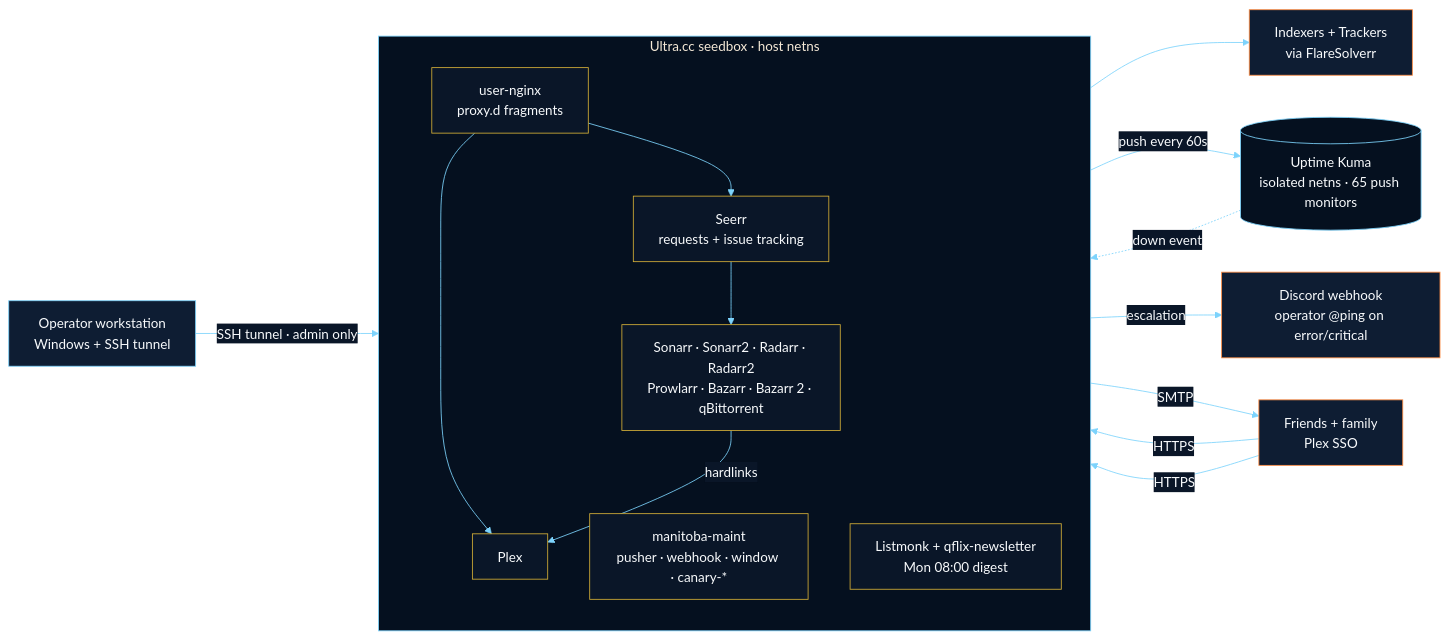
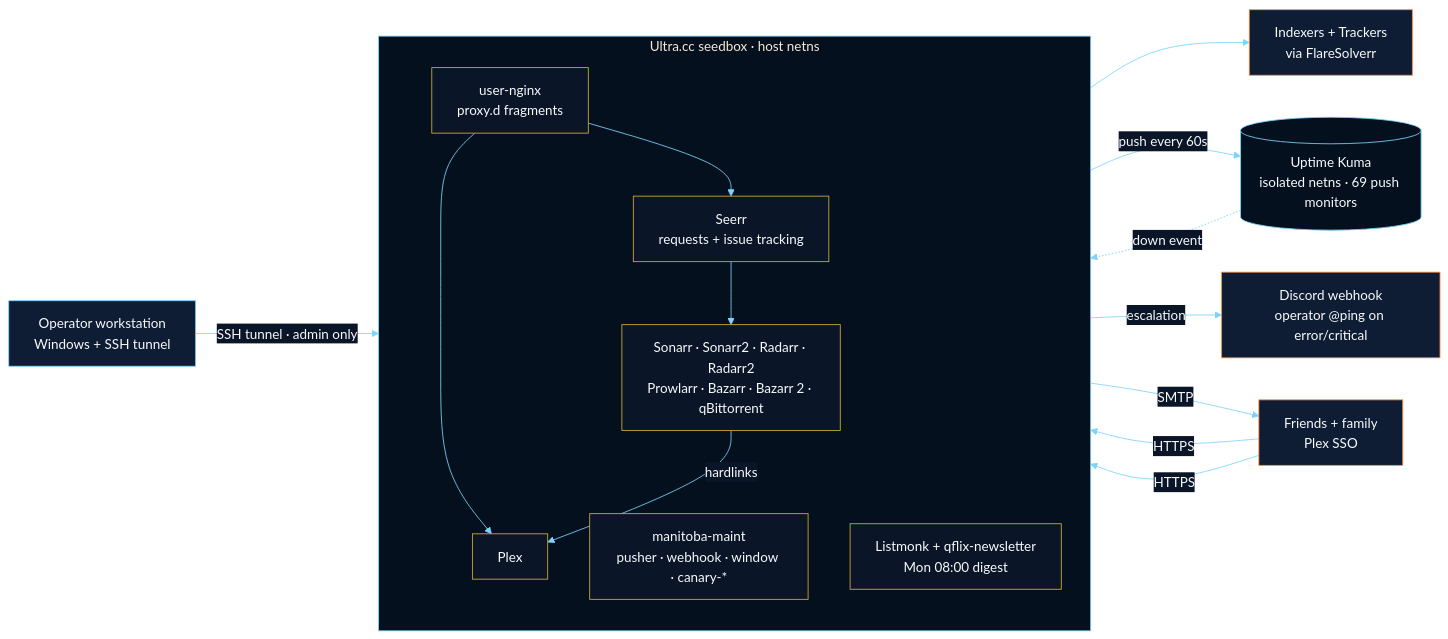
One commit to Quadstronaut/QFlix changed the first of 6 diagrams in README.md. Above: the diagram before and after it, drawn with Mermaid. The commit also changed other lines of this file and 21 other files, not shown here.

````diff
--- a/README.md
+++ b/README.md
@@ -76,35 +76,35 @@
 ```mermaid
 %%{init: {'theme':'base','themeVariables':{'primaryColor':'#0e1d33','primaryTextColor':'#f8fafc','primaryBorderColor':'#ff8c42','lineColor':'#7dd3fc','secondaryColor':'#05101f','tertiaryColor':'#0a1628','clusterBkg':'#05101f','clusterBorder':'#7dd3fc','edgeLabelBackground':'#0a1628','fontFamily':'Segoe UI, Roboto, sans-serif'}}}%%
 flowchart LR
   classDef ext fill:#0e1d33,stroke:#ff8c42,color:#f8fafc
   classDef user fill:#0e1d33,stroke:#7dd3fc,color:#f8fafc
   classDef seedbox fill:#0a1628,stroke:#d4af37,color:#f8fafc
   classDef kuma fill:#05101f,stroke:#7dd3fc,color:#f8fafc
 
   user[Operator workstation<br/>Windows + SSH tunnel]:::user
   friends[Friends + family<br/>Plex SSO]:::ext
   ext[Indexers + Trackers<br/>via FlareSolverr]:::ext
 
   subgraph SB[Ultra.cc seedbox · host netns]
     direction TB
     nginx[user-nginx<br/>proxy.d fragments]:::seedbox
     plex[Plex]:::seedbox
     arr[Sonarr · Sonarr2 · Radarr · Radarr2<br/>Prowlarr · Bazarr · Bazarr 2 · qBittorrent]:::seedbox
     requests[Seerr<br/>requests + issue tracking]:::seedbox
     maint[manitoba-maint<br/>pusher · webhook · window · canary-*]:::seedbox
     comms[Listmonk + qflix-newsletter<br/>Mon 08:00 digest]:::seedbox
   end
 
-  kuma[(Uptime Kuma<br/>isolated netns · 65 push monitors)]:::kuma
+  kuma[(Uptime Kuma<br/>isolated netns · 69 push monitors)]:::kuma
   discord[Discord webhook<br/>operator @ping on error/critical]:::ext
 
   friends -->|HTTPS| nginx --> plex
   friends -->|HTTPS| nginx --> requests
   requests --> arr --> ext
   arr -->|hardlinks| plex
   user -->|SSH tunnel · admin only| arr
   maint -->|push every 60s| kuma
   kuma -.->|down event| maint
   maint -->|escalation| discord
   comms -->|SMTP| friends
 ```
````
